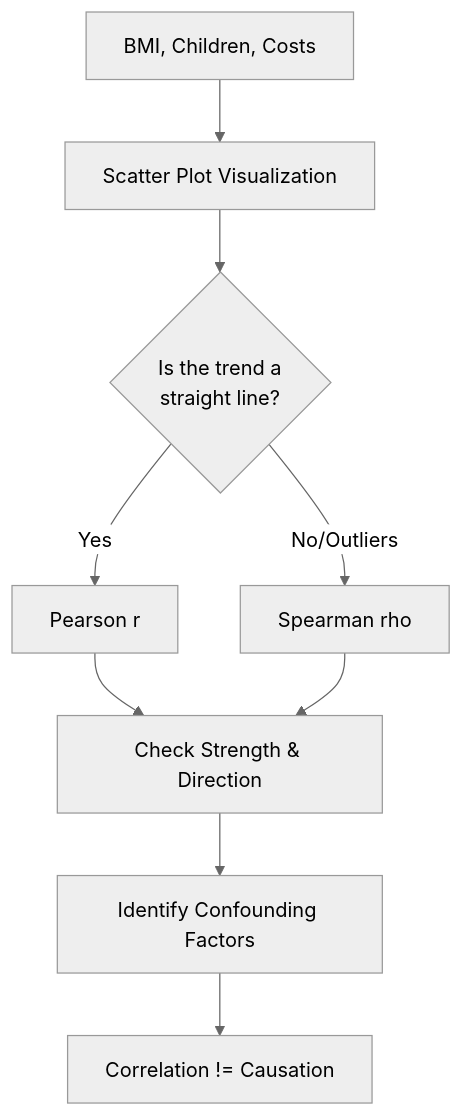
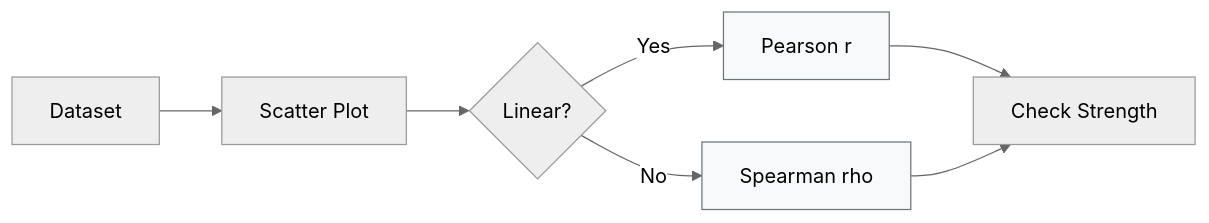
Before and after one commit to susanavenda/data_cambridge: the fifth of 11 diagrams in README.md, drawn with Mermaid (neutral theme). The commit also changed other lines of this file, not shown here.

````diff
--- a/README.md
+++ b/README.md
@@ -162,12 +98,12 @@
 ```mermaid
-graph TD
-    Data[BMI, Children, Costs] --> Plot[Scatter Plot Visualization]
-    Plot --> Linear{Is the trend a<br/>straight line?}
+graph LR
+    Data[Dataset] --> Plot[Scatter Plot]
+    Plot --> Linear{Linear?}
     Linear -- Yes --> Pearson[Pearson r]
-    Linear -- No/Outliers --> Spearman[Spearman rho]
-    Pearson --> Interpret[Check Strength & Direction]
+    Linear -- No --> Spearman[Spearman rho]
+    Pearson --> Interpret[Check Strength]
     Spearman --> Interpret
-    Interpret --> Caution[Identify Confounding Factors]
-    Caution --> Logic[Correlation != Causation]
+    style Pearson fill:#f8f9fa,stroke:#6c757d
+    style Spearman fill:#f8f9fa,stroke:#6c757d
 
 ```
````
